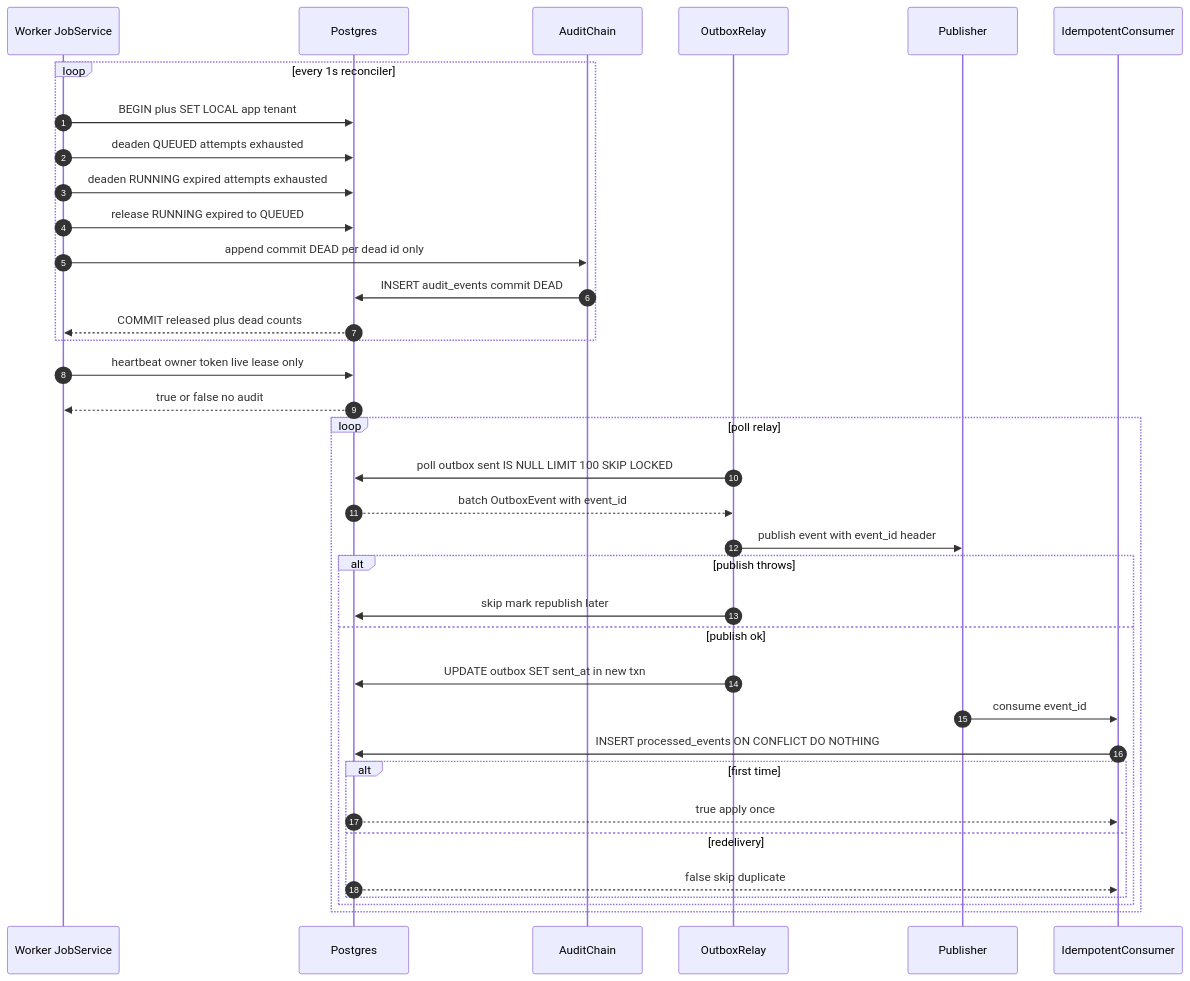
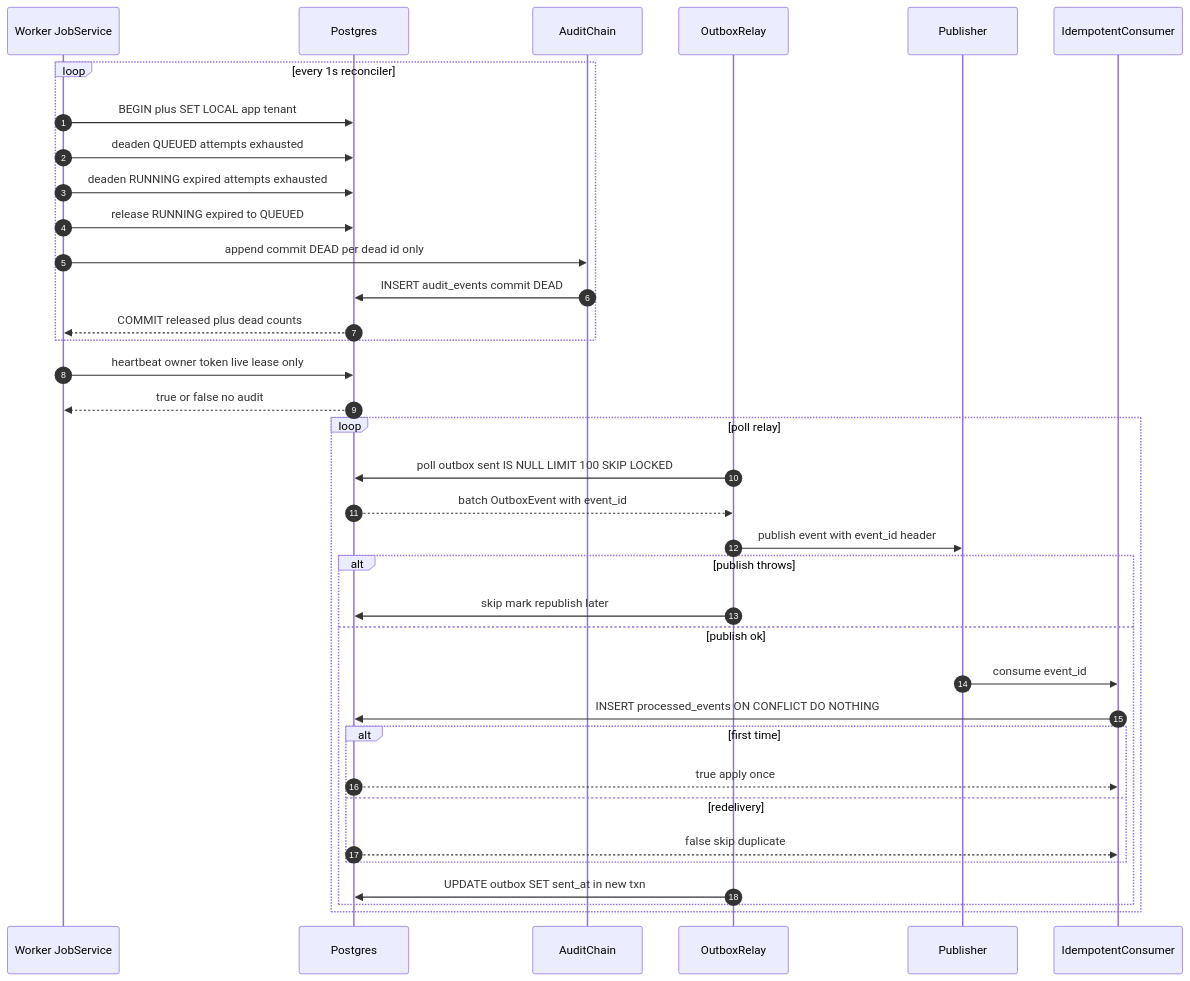
One commit to G1DO/anvil changed the diagram in docs/architecture/flow-reconcile-outbox.mmd. Above: the diagram before and after it, drawn with Mermaid. The commit also changed 4 other files, not shown here.

First line of the commit message:
Show in the diagrams what runs and what doesn't

```diff
--- a/docs/architecture/flow-reconcile-outbox.mmd
+++ b/docs/architecture/flow-reconcile-outbox.mmd
@@ -1,36 +1,37 @@
 sequenceDiagram
     autonumber
+    %% Library code proven by tests: the running app starts neither loop yet.
     participant W as Worker JobService
     participant D as Postgres
     participant U as AuditChain
     participant R as OutboxRelay
     participant P as Publisher
     participant K as IdempotentConsumer
     loop every 1s reconciler
         W->>D: BEGIN plus SET LOCAL app tenant
         W->>D: deaden QUEUED attempts exhausted
         W->>D: deaden RUNNING expired attempts exhausted
         W->>D: release RUNNING expired to QUEUED
         W->>U: append commit DEAD per dead id only
         U->>D: INSERT audit_events commit DEAD
         D-->>W: COMMIT released plus dead counts
     end
     W->>D: heartbeat owner token live lease only
     D-->>W: true or false no audit
     loop poll relay
         R->>D: poll outbox sent IS NULL LIMIT 100 SKIP LOCKED
         D-->>R: batch OutboxEvent with event_id
         R->>P: publish event with event_id header
         alt publish throws
             R->>D: skip mark republish later
         else publish ok
-            R->>D: UPDATE outbox SET sent_at in new txn
             P->>K: consume event_id
             K->>D: INSERT processed_events ON CONFLICT DO NOTHING
             alt first time
                 D-->>K: true apply once
             else redelivery
                 D-->>K: false skip duplicate
             end
+            R->>D: UPDATE outbox SET sent_at in new txn
         end
     end
```
